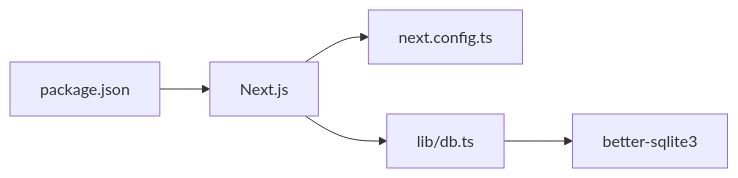
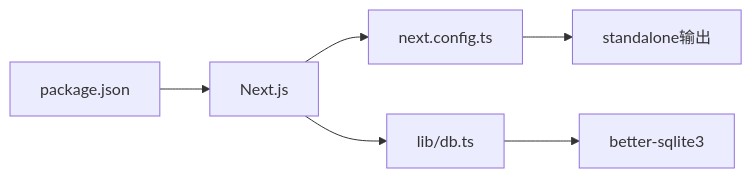
One commit to tutusiji/lantu-next changed the seventh of 7 diagrams in .qoder/repowiki/zh/content/部署指南.md. Above: the diagram before and after it, drawn with Mermaid. The commit also changed other lines of this file and 22 other files, not shown here.

````diff
--- a/.qoder/repowiki/zh/content/部署指南.md
+++ b/.qoder/repowiki/zh/content/部署指南.md
@@ -220,7 +320,8 @@
 ```mermaid
 graph LR
 P["package.json"] --> N["Next.js"]
 N --> C["next.config.ts"]
 N --> D["lib/db.ts"]
 D --> B["better-sqlite3"]
+C --> S["standalone输出"]
 ```
````
